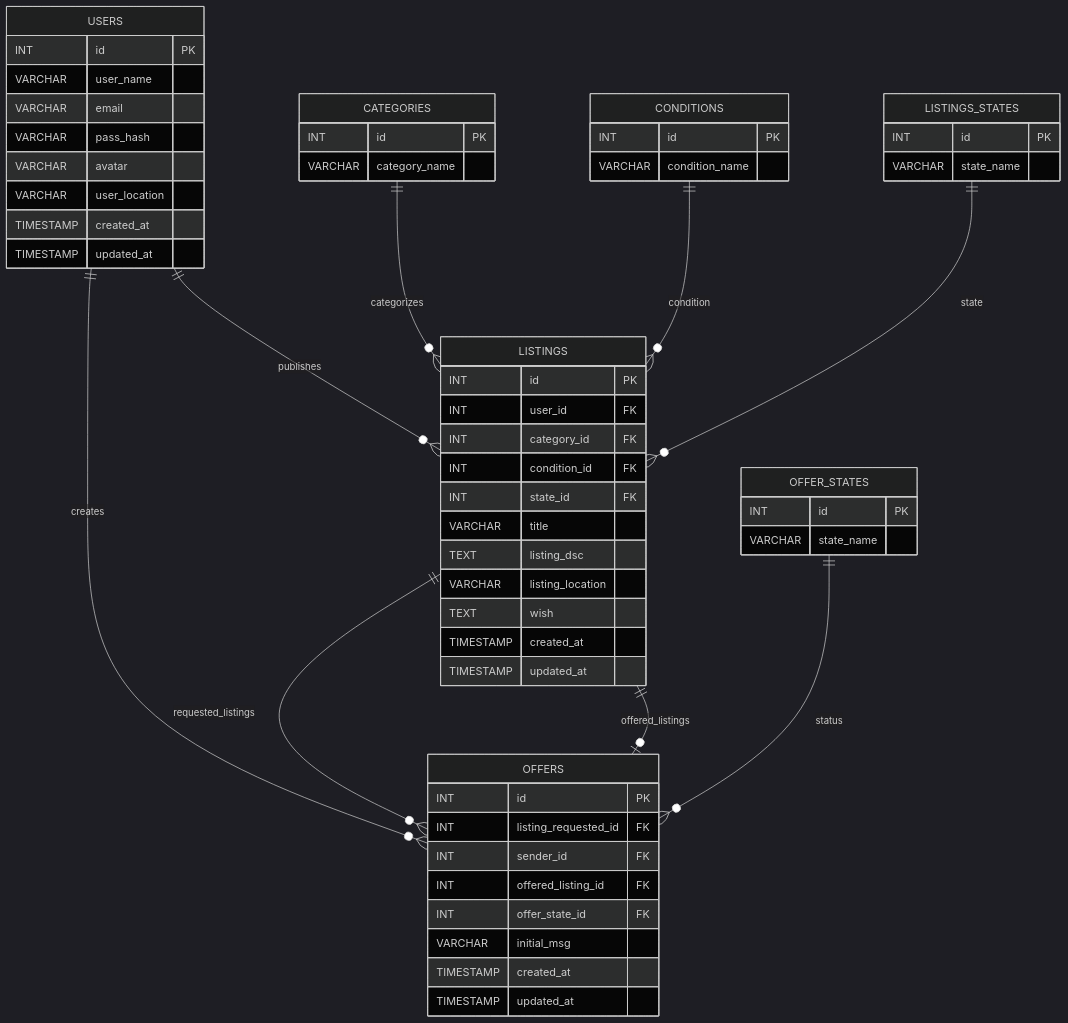
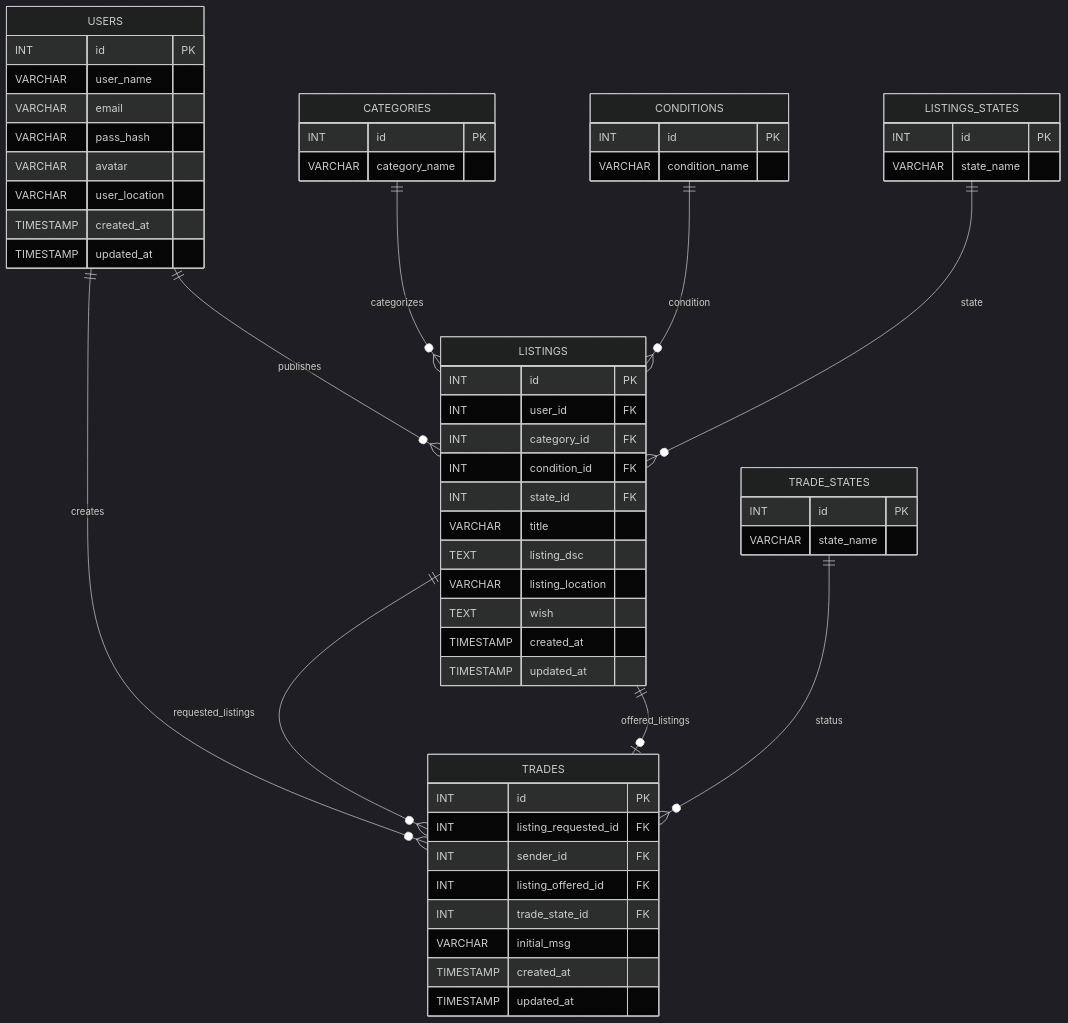
Before and after one commit to djunho/daka: the first of 2 diagrams in srcs/requirements/mariadb/dakaERD.md, drawn with Mermaid (dark theme). The commit also changed other lines of this file and 2 other files, not shown here.

Commit message:
fix: Modify daka table structures

````diff
--- a/srcs/requirements/mariadb/dakaERD.md
+++ b/srcs/requirements/mariadb/dakaERD.md
@@ -5,69 +5,69 @@
 ```mermaid
 erDiagram
 
     USERS {
         INT id PK
         VARCHAR user_name
         VARCHAR email
         VARCHAR pass_hash
         VARCHAR avatar
         VARCHAR user_location
         TIMESTAMP created_at
         TIMESTAMP updated_at
     }
 
     CATEGORIES {
         INT id PK
         VARCHAR category_name
     }
 
     CONDITIONS {
         INT id PK
         VARCHAR condition_name
     }
 
     LISTINGS_STATES {
         INT id PK
         VARCHAR state_name
     }
 
-    OFFER_STATES {
+    TRADE_STATES {
         INT id PK
         VARCHAR state_name
     }
 
     LISTINGS {
         INT id PK
         INT user_id FK
         INT category_id FK
         INT condition_id FK
         INT state_id FK
         VARCHAR title
         TEXT listing_dsc
         VARCHAR listing_location
 		TEXT wish
         TIMESTAMP created_at
         TIMESTAMP updated_at
     }
 
-    OFFERS {
+    TRADES {
         INT id PK
         INT listing_requested_id FK
         INT sender_id FK
-        INT offered_listing_id FK
-        INT offer_state_id FK
+        INT listing_offered_id FK
+        INT trade_state_id FK
         VARCHAR initial_msg
         TIMESTAMP created_at
         TIMESTAMP updated_at
     }
 
     USERS ||--o{ LISTINGS : publishes
     CATEGORIES ||--o{ LISTINGS : categorizes
     CONDITIONS ||--o{ LISTINGS : condition
     LISTINGS_STATES ||--o{ LISTINGS : state
 
-    USERS ||--o{ OFFERS : creates
-    LISTINGS ||--o{ OFFERS : requested_listings
-    LISTINGS ||--o| OFFERS : offered_listings
-    OFFER_STATES ||--o{ OFFERS : status
+    USERS ||--o{ TRADES : creates
+    LISTINGS ||--o{ TRADES : requested_listings
+    LISTINGS ||--o| TRADES : offered_listings
+    TRADE_STATES ||--o{ TRADES : status
 ```
````
